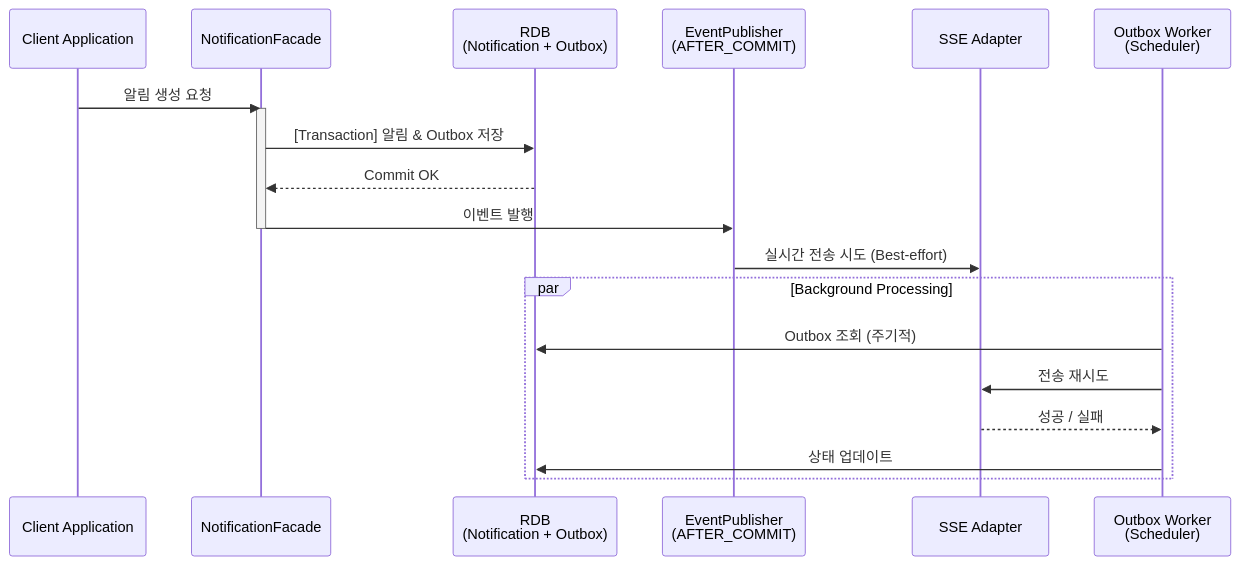
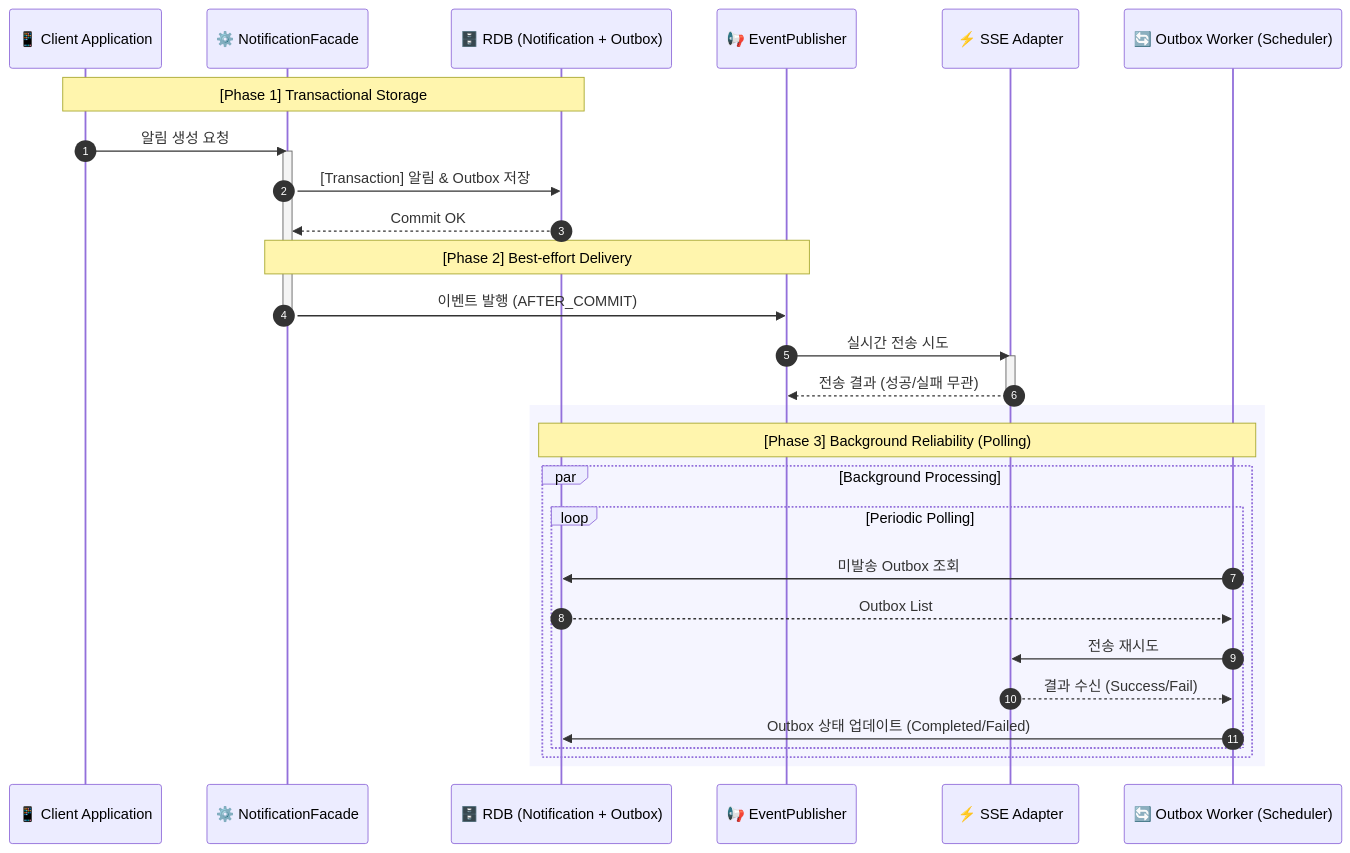
One commit to gyowoo1113/notify-kit changed the second of 2 diagrams in README.md. Above: the diagram before and after it, drawn with Mermaid. The commit also changed other lines of this file, not shown here.

Commit message:
Readme : layout 다이어그램 추가 및 기존 outbox 다이어그램 수정

````diff
--- a/README.md
+++ b/README.md
@@ -21,25 +60,43 @@
 ```mermaid
 sequenceDiagram
-    participant App as Client Application
-    participant Facade as NotificationFacade
-    participant DB as RDB<br/>(Notification + Outbox)
-    participant Event as EventPublisher<br/>(AFTER_COMMIT)
-    participant SSE as SSE Adapter
-    participant Worker as Outbox Worker<br/>(Scheduler)
+    autonumber
+    
+    %% Participant Definitions with Styling
+    participant App as 📱 Client Application
+    participant Facade as ⚙️ NotificationFacade
+    participant DB as 🗄️ RDB (Notification + Outbox)
+    participant Event as 📢 EventPublisher
+    participant SSE as ⚡ SSE Adapter
+    participant Worker as 🔄 Outbox Worker (Scheduler)
 
+    %% Styling (Individual coloring for emphasis)
+    Note over App, DB: [Phase 1] Transactional Storage
+    
     App->>Facade: 알림 생성 요청
     activate Facade
     Facade->>DB: [Transaction] 알림 & Outbox 저장
     DB-->>Facade: Commit OK
-    Facade->>Event: 이벤트 발행
+    
+    Note over Facade, Event: [Phase 2] Best-effort Delivery
+    Facade->>Event: 이벤트 발행 (AFTER_COMMIT)
     deactivate Facade
 
-    Event->>SSE: 실시간 전송 시도 (Best-effort)
+    Event->>SSE: 실시간 전송 시도
+    activate SSE
+    SSE-->>Event: 전송 결과 (성공/실패 무관)
+    deactivate SSE
 
-    par Background Processing
-        Worker->>DB: Outbox 조회 (주기적)
-        Worker->>SSE: 전송 재시도
-        SSE-->>Worker: 성공 / 실패
-        Worker->>DB: 상태 업데이트
+    %% Background Process Styling
+    rect rgb(245, 245, 255)
+        Note over Worker, DB: [Phase 3] Background Reliability (Polling)
+        par Background Processing
+            loop Periodic Polling
+                Worker->>DB: 미발송 Outbox 조회
+                DB-->>Worker: Outbox List
+                Worker->>SSE: 전송 재시도
+                SSE-->>Worker: 결과 수신 (Success/Fail)
+                Worker->>DB: Outbox 상태 업데이트 (Completed/Failed)
+            end
+        end
     end
 ```
````
